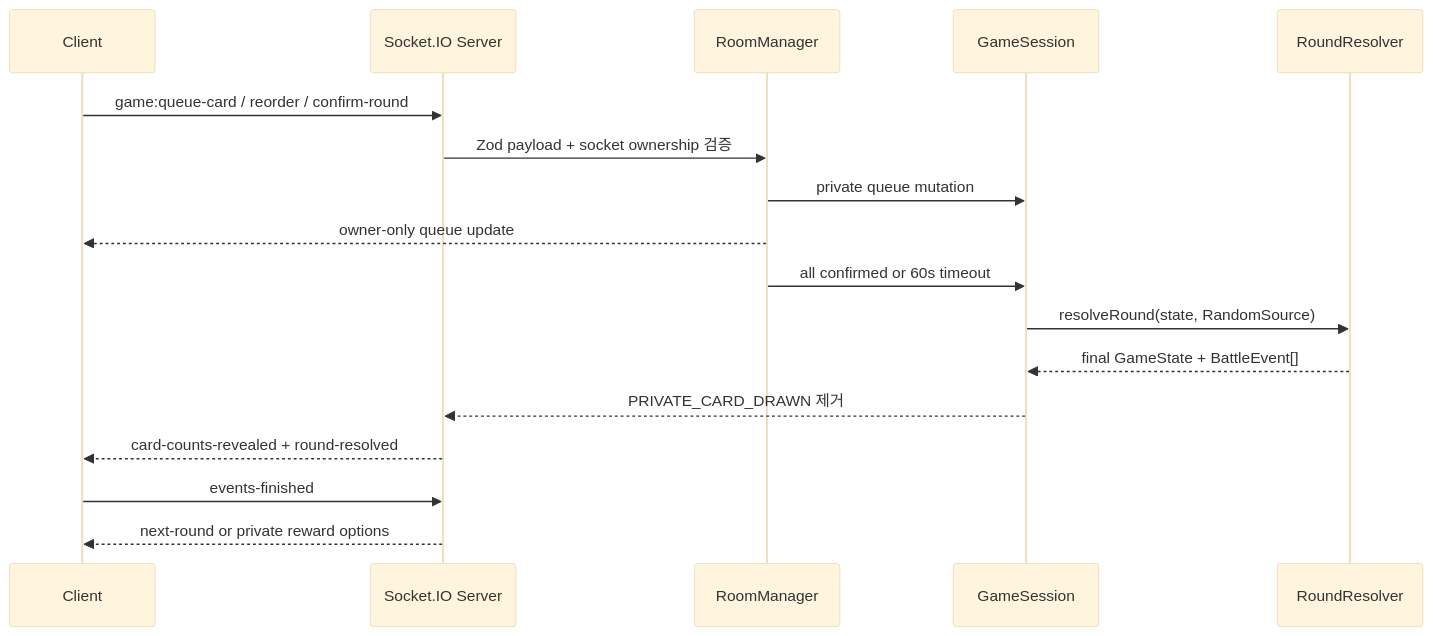
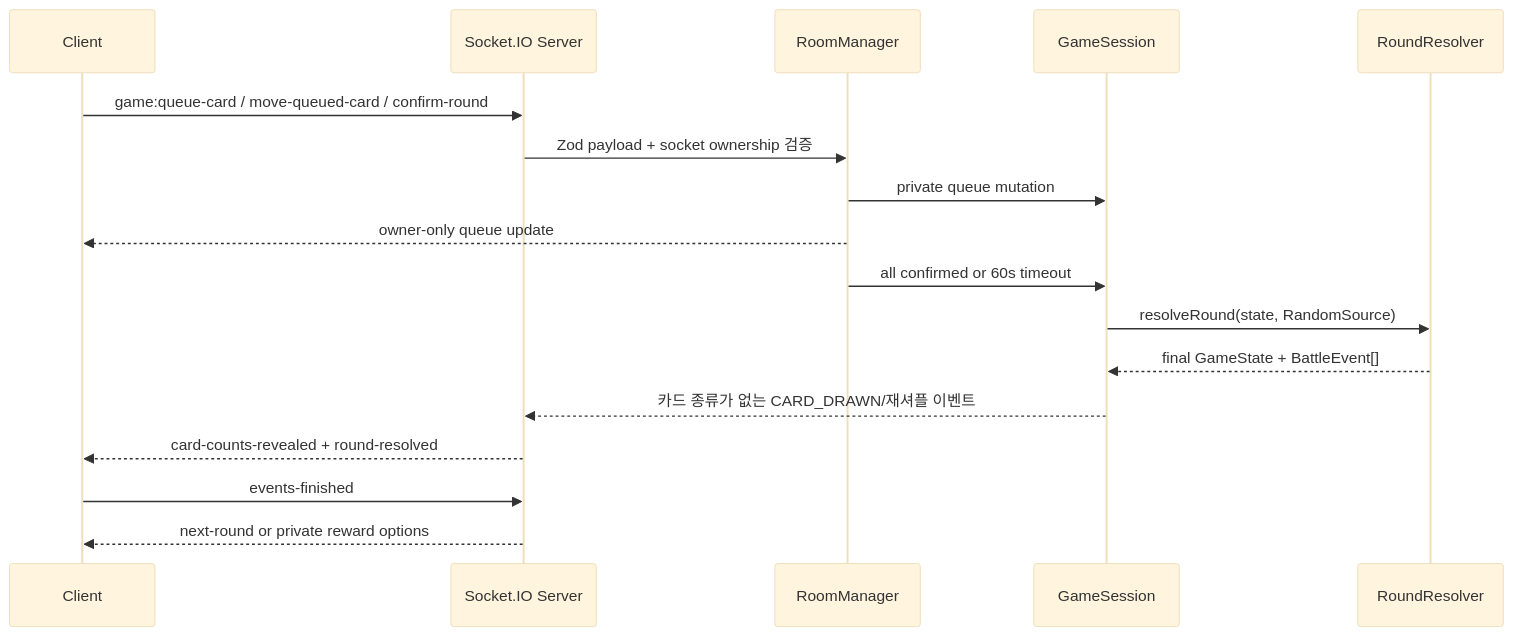
One commit to Ressurd/blind-turn changed the diagram in docs/ARCHITECTURE.md. Above: the diagram before and after it, drawn with Mermaid (base theme). The commit also changed other lines of this file and 28 other files, not shown here.

````diff
--- a/docs/ARCHITECTURE.md
+++ b/docs/ARCHITECTURE.md
@@ -15,19 +15,19 @@
 ```mermaid
 sequenceDiagram
   participant C as Client
   participant S as Socket.IO Server
   participant R as RoomManager
   participant G as GameSession
   participant E as RoundResolver
-  C->>S: game:queue-card / reorder / confirm-round
+  C->>S: game:queue-card / move-queued-card / confirm-round
   S->>R: Zod payload + socket ownership 검증
   R->>G: private queue mutation
   R-->>C: owner-only queue update
   R->>G: all confirmed or 60s timeout
   G->>E: resolveRound(state, RandomSource)
   E-->>G: final GameState + BattleEvent[]
-  G-->>S: PRIVATE_CARD_DRAWN 제거
+  G-->>S: 카드 종류가 없는 CARD_DRAWN/재셔플 이벤트
   S-->>C: card-counts-revealed + round-resolved
   C->>S: events-finished
   S-->>C: next-round or private reward options
 ```
````
